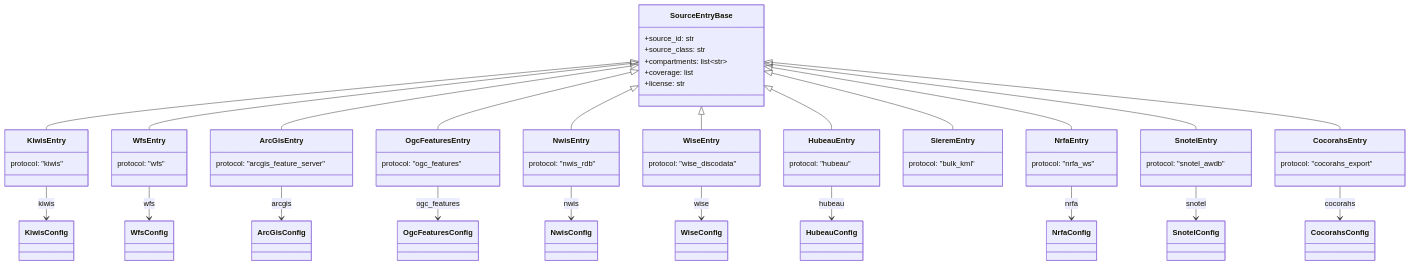
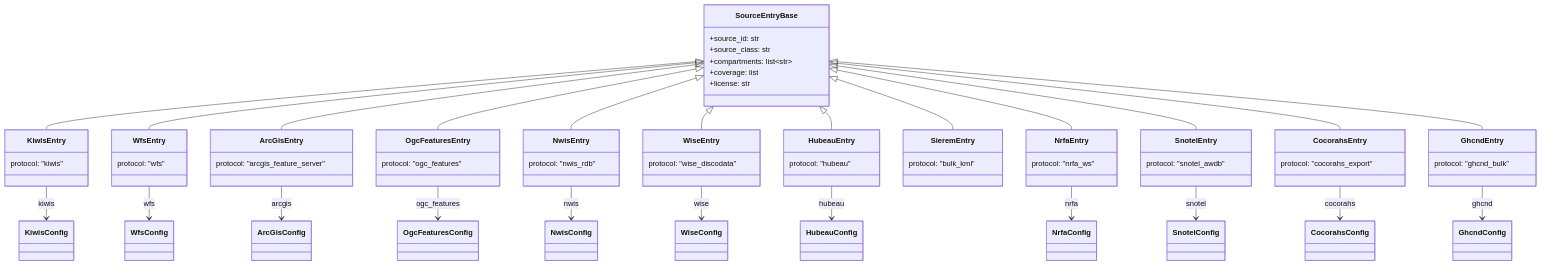
One commit to rlrognstad/hydrostations changed the diagram in docs/source-register-schema.md. Above: the diagram before and after it, drawn with Mermaid. The commit also changed other lines of this file and 1 other file, not shown here.

First line of the commit message:
Document GHCN-Daily in the README and register schema doc

````diff
--- a/docs/source-register-schema.md
+++ b/docs/source-register-schema.md
@@ -41,45 +41,48 @@
 ```mermaid
 classDiagram
     class SourceEntryBase {
         +source_id: str
         +source_class: str
         +compartments: list~str~
         +coverage: list
         +license: str
     }
 
     SourceEntryBase <|-- KiwisEntry
     SourceEntryBase <|-- WfsEntry
     SourceEntryBase <|-- ArcGisEntry
     SourceEntryBase <|-- OgcFeaturesEntry
     SourceEntryBase <|-- NwisEntry
     SourceEntryBase <|-- WiseEntry
     SourceEntryBase <|-- HubeauEntry
     SourceEntryBase <|-- SieremEntry
     SourceEntryBase <|-- NrfaEntry
     SourceEntryBase <|-- SnotelEntry
     SourceEntryBase <|-- CocorahsEntry
+    SourceEntryBase <|-- GhcndEntry
 
     KiwisEntry --> KiwisConfig : kiwis
     WfsEntry --> WfsConfig : wfs
     ArcGisEntry --> ArcGisConfig : arcgis
     OgcFeaturesEntry --> OgcFeaturesConfig : ogc_features
     NwisEntry --> NwisConfig : nwis
     WiseEntry --> WiseConfig : wise
     HubeauEntry --> HubeauConfig : hubeau
     NrfaEntry --> NrfaConfig : nrfa
     SnotelEntry --> SnotelConfig : snotel
     CocorahsEntry --> CocorahsConfig : cocorahs
+    GhcndEntry --> GhcndConfig : ghcnd
 
     class KiwisEntry { protocol: "kiwis" }
     class WfsEntry { protocol: "wfs" }
     class ArcGisEntry { protocol: "arcgis_feature_server" }
     class OgcFeaturesEntry { protocol: "ogc_features" }
     class NwisEntry { protocol: "nwis_rdb" }
     class WiseEntry { protocol: "wise_discodata" }
     class HubeauEntry { protocol: "hubeau" }
     class SieremEntry { protocol: "bulk_kml" }
     class NrfaEntry { protocol: "nrfa_ws" }
     class SnotelEntry { protocol: "snotel_awdb" }
     class CocorahsEntry { protocol: "cocorahs_export" }
+    class GhcndEntry { protocol: "ghcnd_bulk" }
 ```
````
